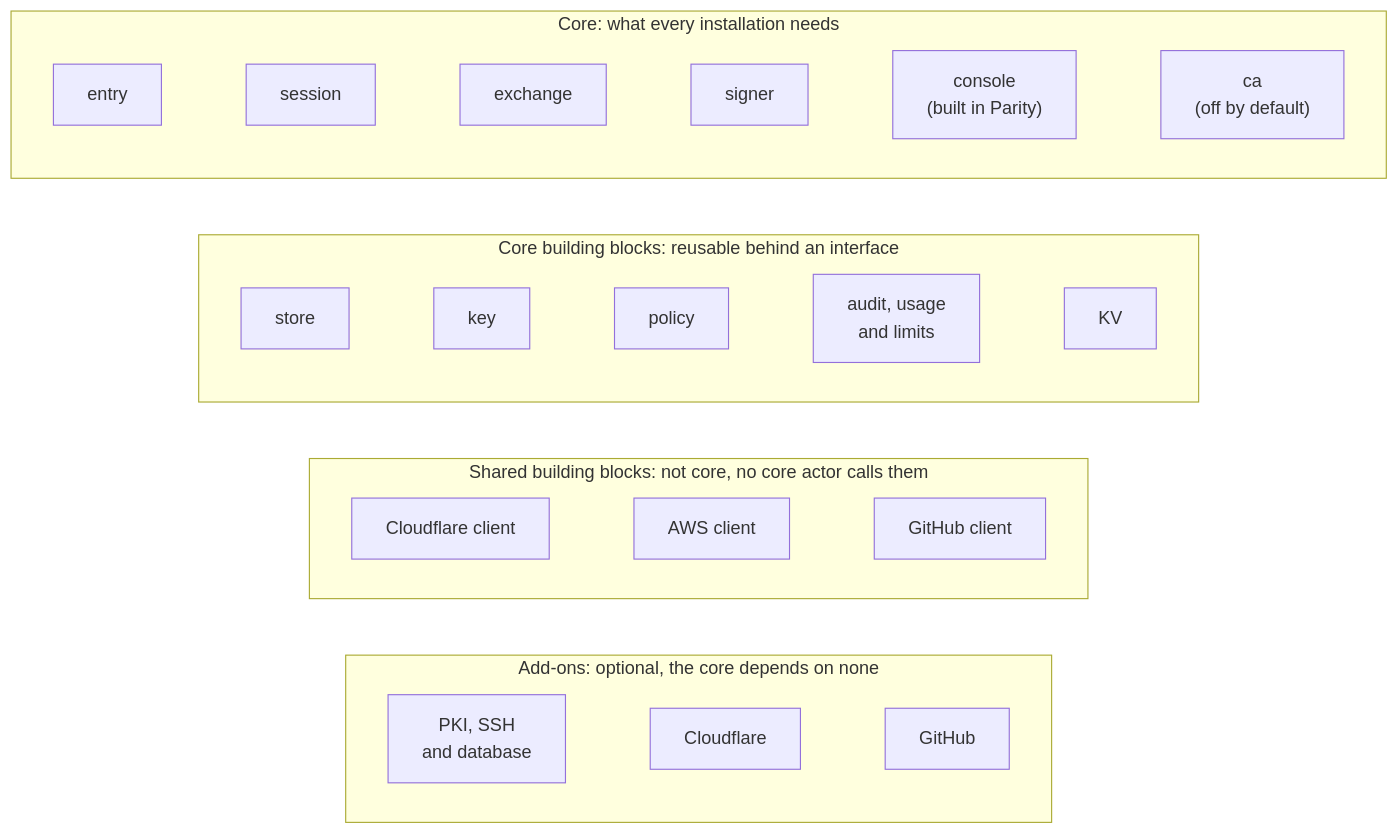
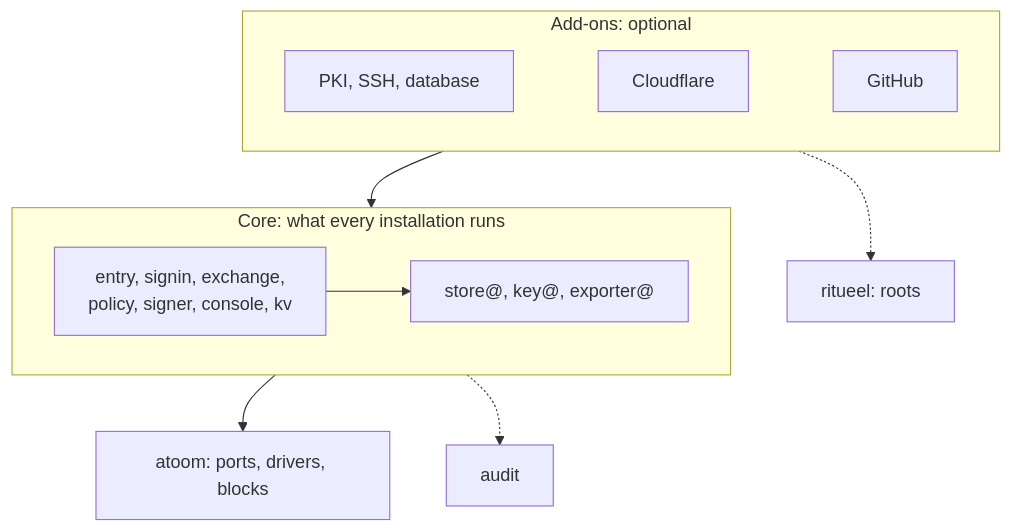
Before and after one commit to truvity/sluis: the diagram in docs/overview/index.md, drawn with Mermaid. The commit also changed other lines of this file and 154 other files, not shown here.

````diff
--- a/docs/overview/index.md
+++ b/docs/overview/index.md
@@ -17,21 +23,15 @@
 ```mermaid
 flowchart TB
-  subgraph core["Core: what every installation needs"]
+  subgraph addons["Add-ons: optional"]
     direction LR
-    entry["entry"] ~~~ session["session"] ~~~ exchange["exchange"] ~~~ signer["signer"]
-    signer ~~~ console["console<br/>(built in Parity)"] ~~~ ca["ca<br/>(off by default)"]
+    pki["PKI, SSH, database"] ~~~ cfa["Cloudflare"] ~~~ gha["GitHub"]
   end
-  subgraph blocks["Core building blocks: reusable behind an interface"]
+  subgraph core["Core: what every installation runs"]
     direction LR
-    store["store"] ~~~ key["key"] ~~~ policy["policy"] ~~~ audit["audit, usage<br/>and limits"] ~~~ kv["KV"]
+    work["entry, signin, exchange,<br/>policy, signer, console, kv"] --> hosts["store@, key@, exporter@"]
   end
-  subgraph shared["Shared building blocks: not core, no core actor calls them"]
-    direction LR
-    cfc["Cloudflare client"] ~~~ awsc["AWS client"] ~~~ ghc["GitHub client"]
-  end
-  subgraph addons["Add-ons: optional, the core depends on none"]
-    direction LR
-    pki["PKI, SSH<br/>and database"] ~~~ cfa["Cloudflare"] ~~~ gha["GitHub"]
-  end
-  core ~~~ blocks ~~~ shared ~~~ addons
+  addons --> core
+  hosts --> atoom["atoom: ports, drivers, blocks"]
+  work -.-> audit["audit"]
+  addons -.-> ritueel["ritueel: roots"]
 ```
````
